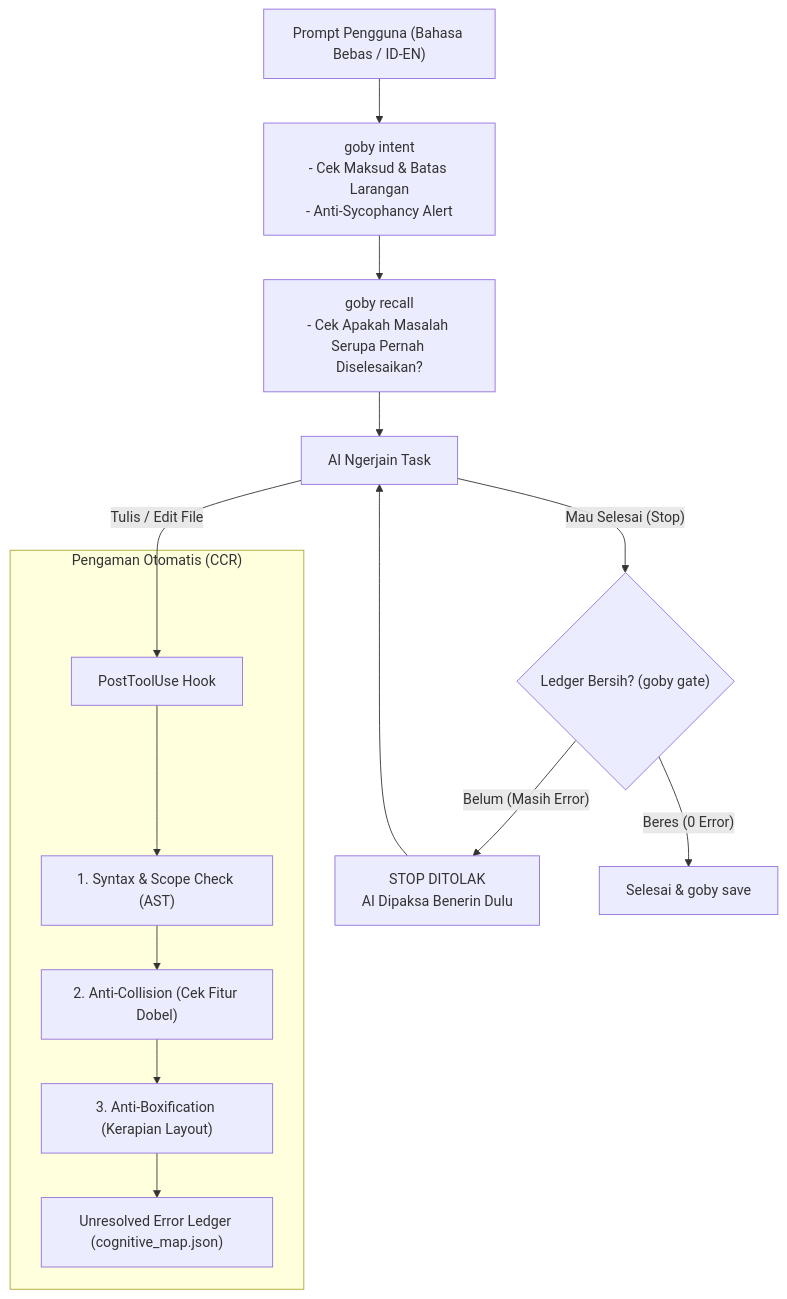
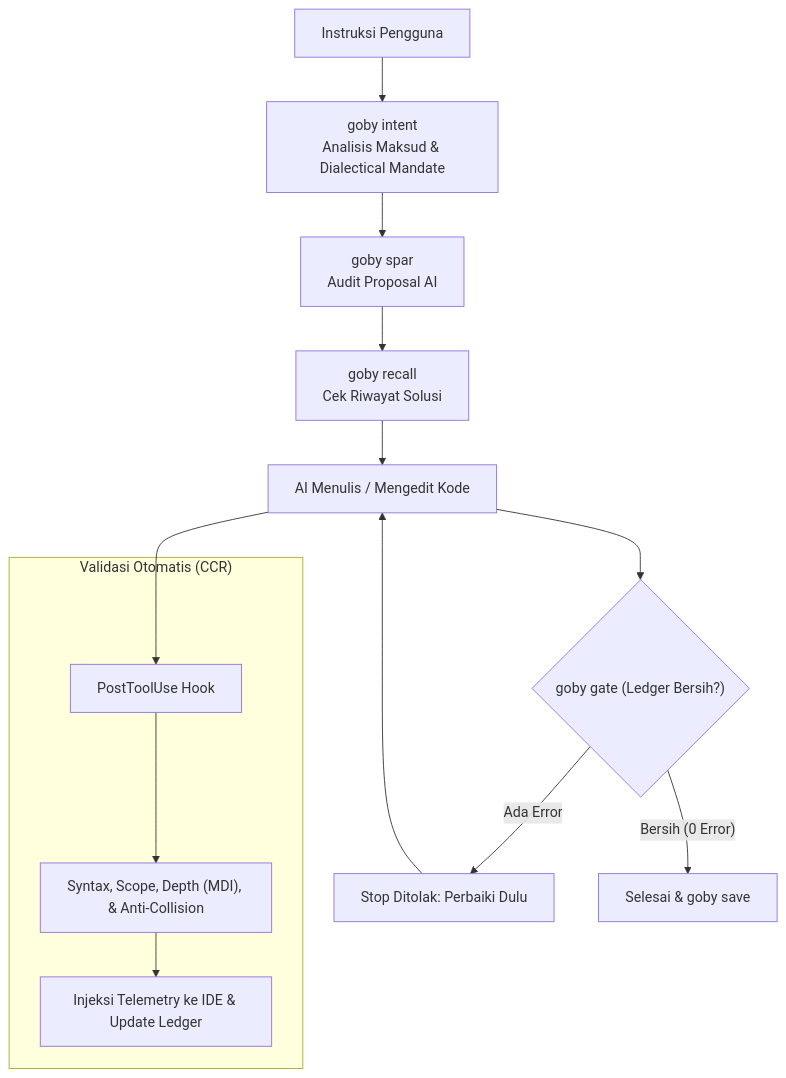
The diagram in README.md (V4nds/Gobysh), drawn with Mermaid before and after one commit. The commit also changed other lines of this file, not shown here.

````diff
--- a/README.md
+++ b/README.md
@@ -57,22 +36,18 @@
 ```mermaid
 flowchart TD
-    UserPrompt["Prompt Pengguna (Bahasa Bebas / ID-EN)"] --> IntentCheck["goby intent\n- Cek Maksud & Batas Larangan\n- Anti-Sycophancy Alert"]
+    UserPrompt["Instruksi Pengguna"] --> Intent["goby intent\nAnalisis Maksud & Dialectical Mandate"]
+    Intent --> Spar["goby spar\nAudit Proposal AI"]
+    Spar --> Recall["goby recall\nCek Riwayat Solusi"]
+    Recall --> Code["AI Menulis / Mengedit Kode"]
     
-    IntentCheck --> ContextRecall["goby recall\n- Cek Apakah Masalah Serupa Pernah Diselesaikan?"]
-    ContextRecall --> AIWork["AI Ngerjain Task"]
-    
-    AIWork -->|"Tulis / Edit File"| HookTrigger["PostToolUse Hook"]
-    
-    subgraph Guardrail ["Pengaman Otomatis (CCR)"]
-        HookTrigger --> SyntaxScope["1. Syntax & Scope Check (AST)"]
-        SyntaxScope --> AntiCollision["2. Anti-Collision (Cek Fitur Dobel)"]
-        AntiCollision --> DensityGov["3. Anti-Boxification (Kerapian Layout)"]
-        
-        DensityGov --> Ledger["Unresolved Error Ledger (cognitive_map.json)"]
+    Code --> Hook["PostToolUse Hook"]
+    subgraph Guardrail ["Validasi Otomatis (CCR)"]
+        Hook --> Checks["Syntax, Scope, Depth (MDI), & Anti-Collision"]
+        Checks --> Telemetry["Injeksi Telemetry ke IDE & Update Ledger"]
     end
     
-    AIWork -->|"Mau Selesai (Stop)"| StopCheck{"Ledger Bersih? (goby gate)"}
-    StopCheck -- "Belum (Masih Error)" --> BlockStop["STOP DITOLAK\nAI Dipaksa Benerin Dulu"]
-    BlockStop --> AIWork
-    StopCheck -- "Beres (0 Error)" --> Finish["Selesai & goby save"]
+    Code --> StopGate{"goby gate (Ledger Bersih?)"}
+    StopGate -- "Ada Error" --> Block["Stop Ditolak: Perbaiki Dulu"]
+    Block --> Code
+    StopGate -- "Bersih (0 Error)" --> Finish["Selesai & goby save"]
 ```
````
